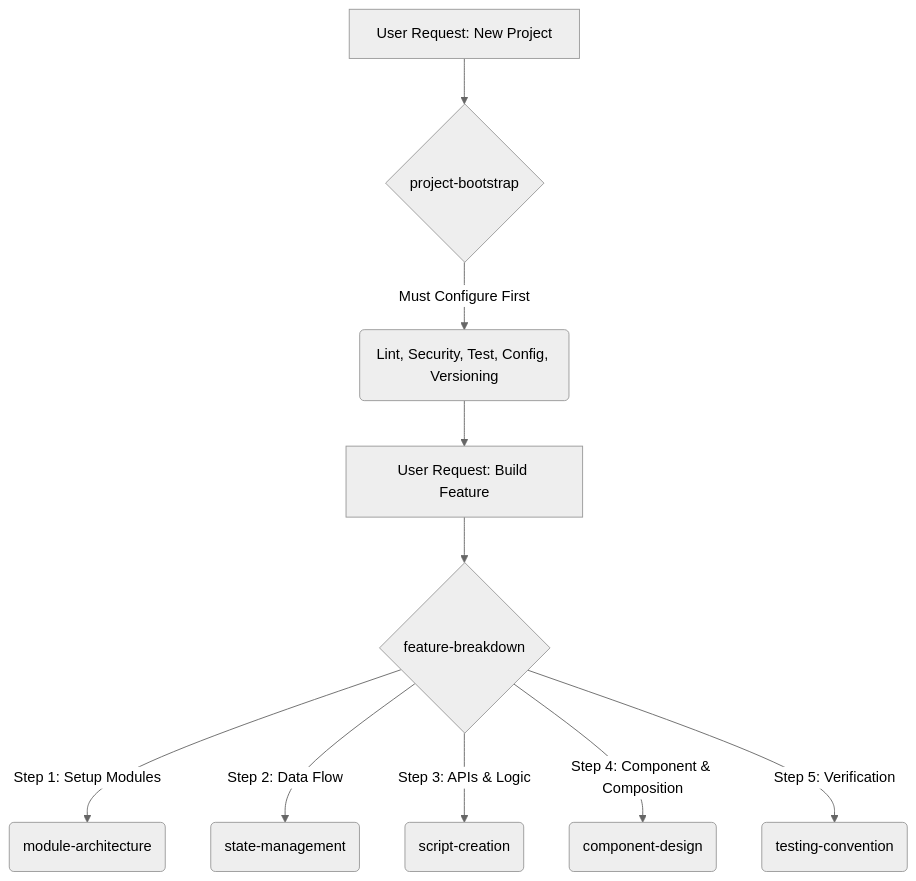
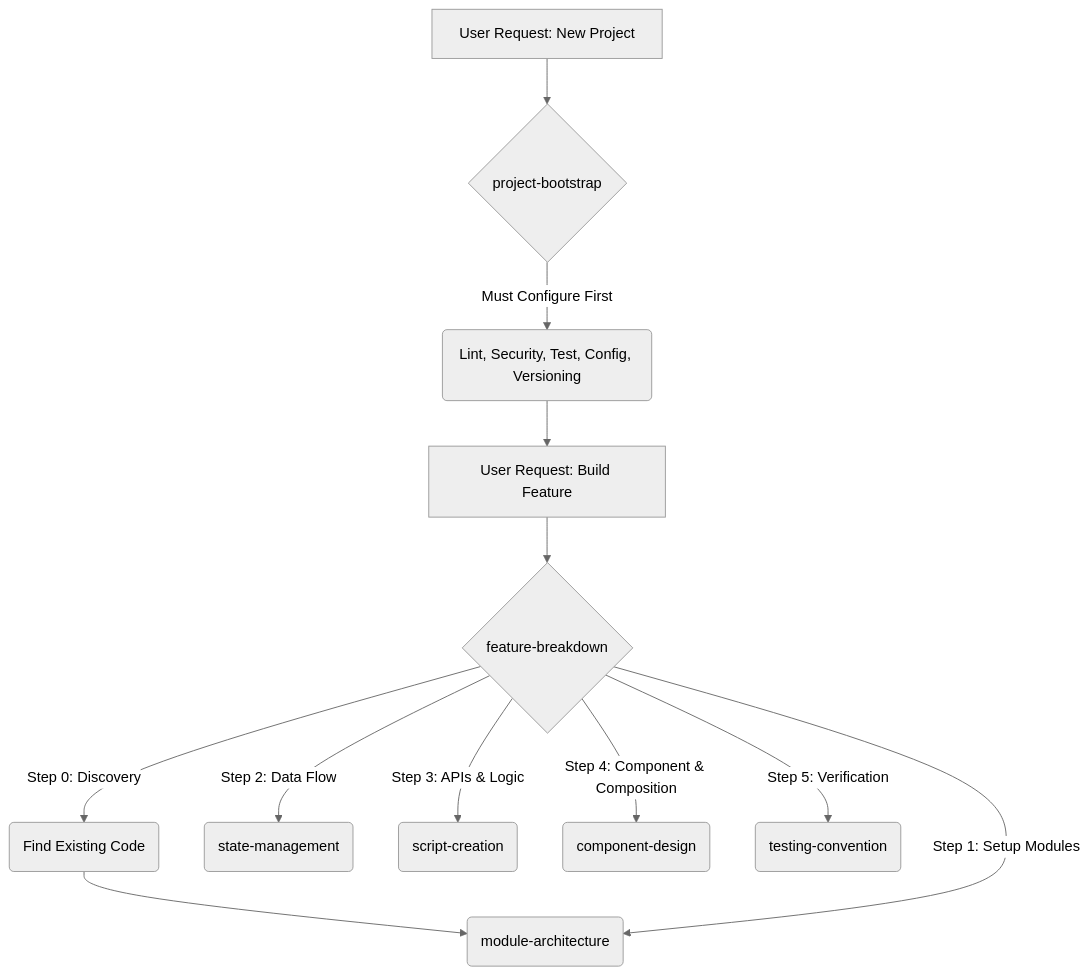
Before and after one commit to ReiiYuki/f-skill: the diagram in README.md, drawn with Mermaid (neutral theme). The commit also changed 3 other files, not shown here.

Commit message:
feat: enforce Design System strictness and Discovery Phase for code reuse

````diff
--- a/README.md
+++ b/README.md
@@ -39,13 +39,15 @@
 ```mermaid
 graph TD
     Z[User Request: New Project] --> Y{project-bootstrap}
     Y -->|Must Configure First| X(Lint, Security, Test, Config, Versioning)
     X --> A
     
     A[User Request: Build Feature] --> B{feature-breakdown}
-    B -->|Step 1: Setup Modules| C(module-architecture)
+    B -->|Step 0: Discovery| C0(Find Existing Code)
+    C0 --> C(module-architecture)
+    B -->|Step 1: Setup Modules| C
     B -->|Step 2: Data Flow| D(state-management)
     B -->|Step 3: APIs & Logic| E(script-creation)
     B -->|Step 4: Component & Composition| F(component-design)
     B -->|Step 5: Verification| G(testing-convention)
 ```
````
